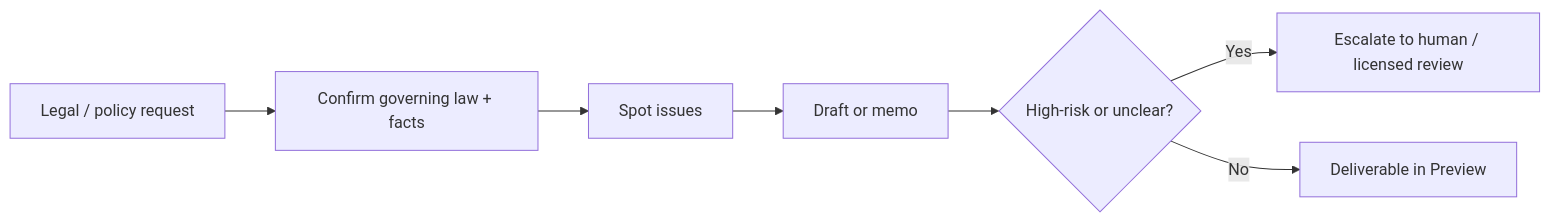
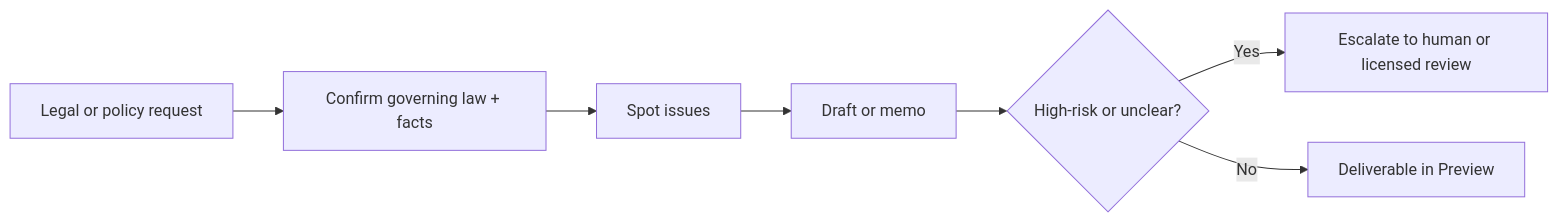
The third of 9 diagrams in Aselius Platform Documentations/aselius-workspace.md (Beunec/beunec-site-staging), drawn with Mermaid before and after one commit. The commit also changed other lines of this file and 99 other files, not shown here.

````diff
--- a/Aselius Platform Documentations/aselius-workspace.md
+++ b/Aselius Platform Documentations/aselius-workspace.md
@@ -194,9 +101,9 @@
 ```mermaid
 flowchart LR
-    A["Legal / policy request"] --> B["Confirm governing law + facts"]
+    A["Legal or policy request"] --> B["Confirm governing law + facts"]
     B --> C["Spot issues"]
     C --> D["Draft or memo"]
     D --> E{"High-risk or unclear?"}
-    E -->|"Yes"| F["Escalate to human / licensed review"]
+    E -->|"Yes"| F["Escalate to human or licensed review"]
     E -->|"No"| G["Deliverable in Preview"]
 ```
````
